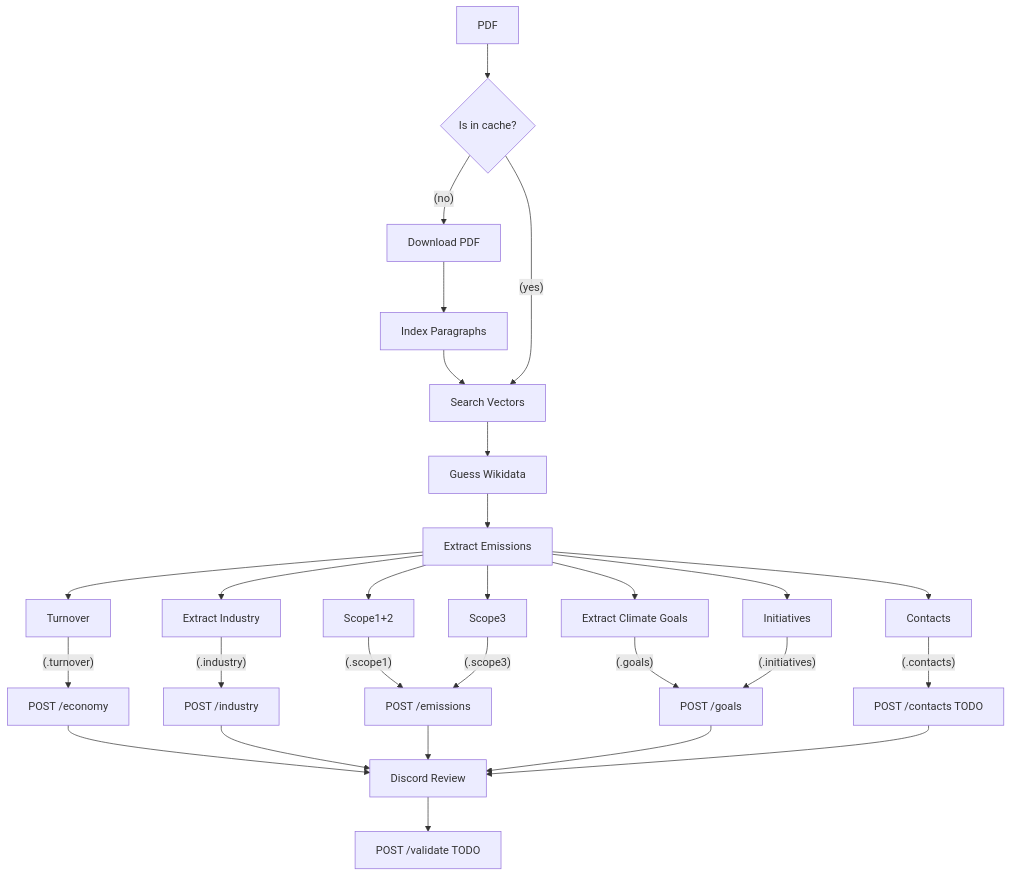
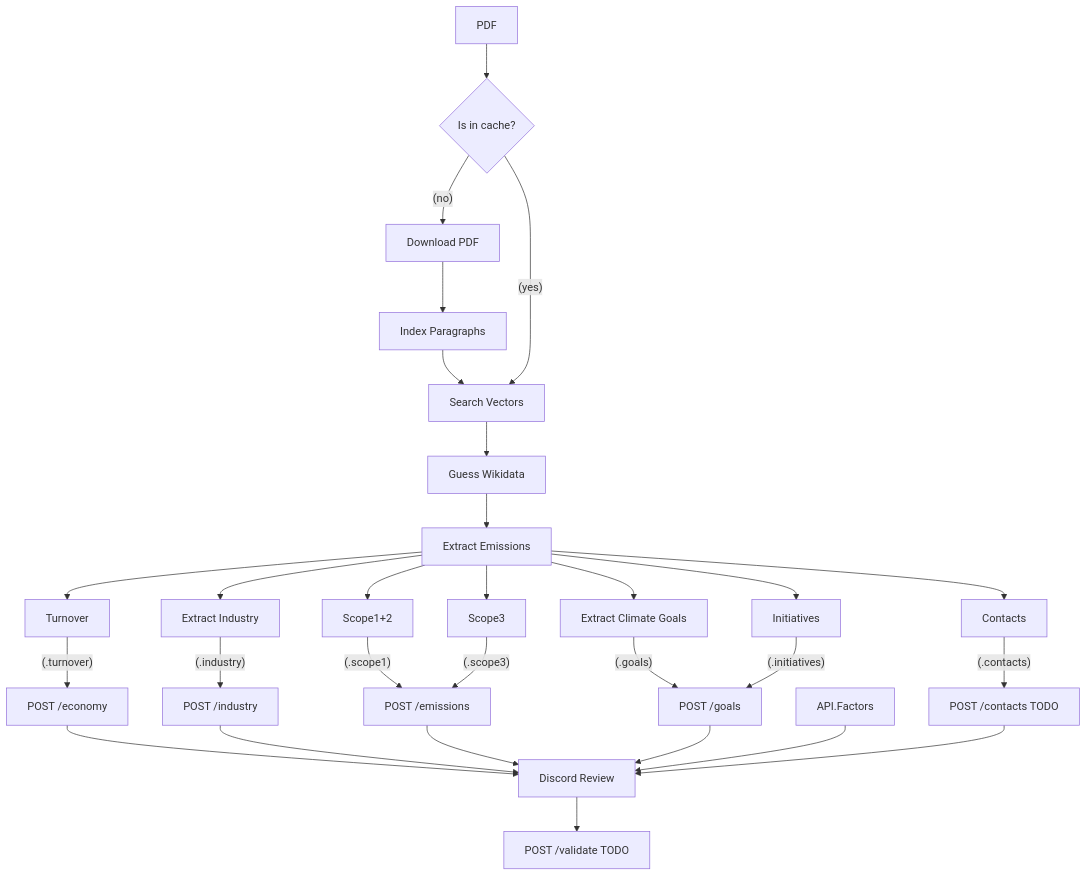
Before and after one commit to Klimatbyran/garbo: the diagram in README.md, drawn with Mermaid. The commit also changed 3 other files, not shown here.

````diff
--- a/README.md
+++ b/README.md
@@ -19,42 +19,43 @@
 ```mermaid
 flowchart TB
 
     PDF[PDF]
     Cache{Is in cache?}
     Download[Download PDF]
     Index[Index Paragraphs]
     Search[Search Vectors]
     Emissions[Extract Emissions]
     Wikidata[Guess Wikidata]
 
     API.Economy[POST /economy]
     API.Industry[POST /industry]
     API.Emissions[POST /emissions]
     API.Goals[POST /goals]
     API.Contacts[POST /contacts TODO]
     API.Review[POST /validate TODO]
 
     Industry[Extract Industry]
     Goals[Extract Climate Goals]
     Review[Discord Review]
 
 
     PDF --> Cache --(no)--> Download --> Index --> Search --> Wikidata --> Emissions
     Cache --(yes)--> Search
 
     Emissions --> Industry --(.industry)--> API.Industry
     Emissions --> Scope1+2 --(.scope1)--> API.Emissions
     Emissions --> Scope3 --(.scope3)--> API.Emissions
     Emissions --> Goals --(.goals)--> API.Goals
     Emissions --> Initiatives --(.initiatives)--> API.Goals
     Emissions --> Contacts --(.contacts)--> API.Contacts
     Emissions --> Turnover --(.turnover)--> API.Economy
 
     API.Economy --> Review
     API.Industry --> Review
     API.Emissions --> Review
     API.Goals --> Review
+    API.Factors --> Review
     API.Contacts --> Review
 
     Review --> API.Review
 ```
````
